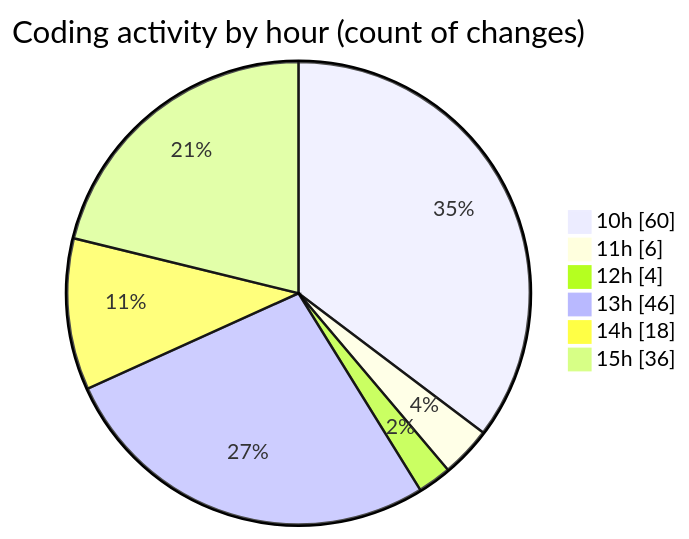
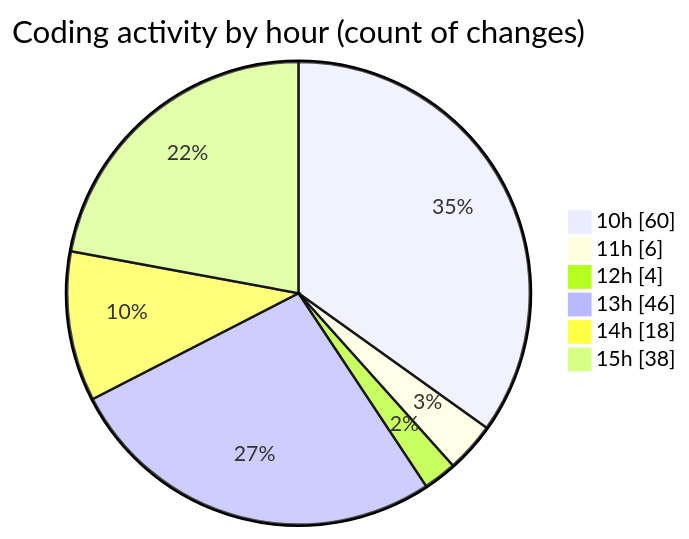
Before and after one commit to momahboobian/code-tracking: the second of 2 diagrams in 2026-06-18/cda/README.md, drawn with Mermaid. The commit also changed other lines of this file and 1 other file, not shown here.

````diff
--- a/2026-06-18/cda/README.md
+++ b/2026-06-18/cda/README.md
@@ -81,10 +81,10 @@
 ```mermaid
 pie showData
 title Coding activity by hour (count of changes)
 "10h" : 60
 "11h" : 6
 "12h" : 4
 "13h" : 46
 "14h" : 18
-"15h" : 36
+"15h" : 38
 ```
````
